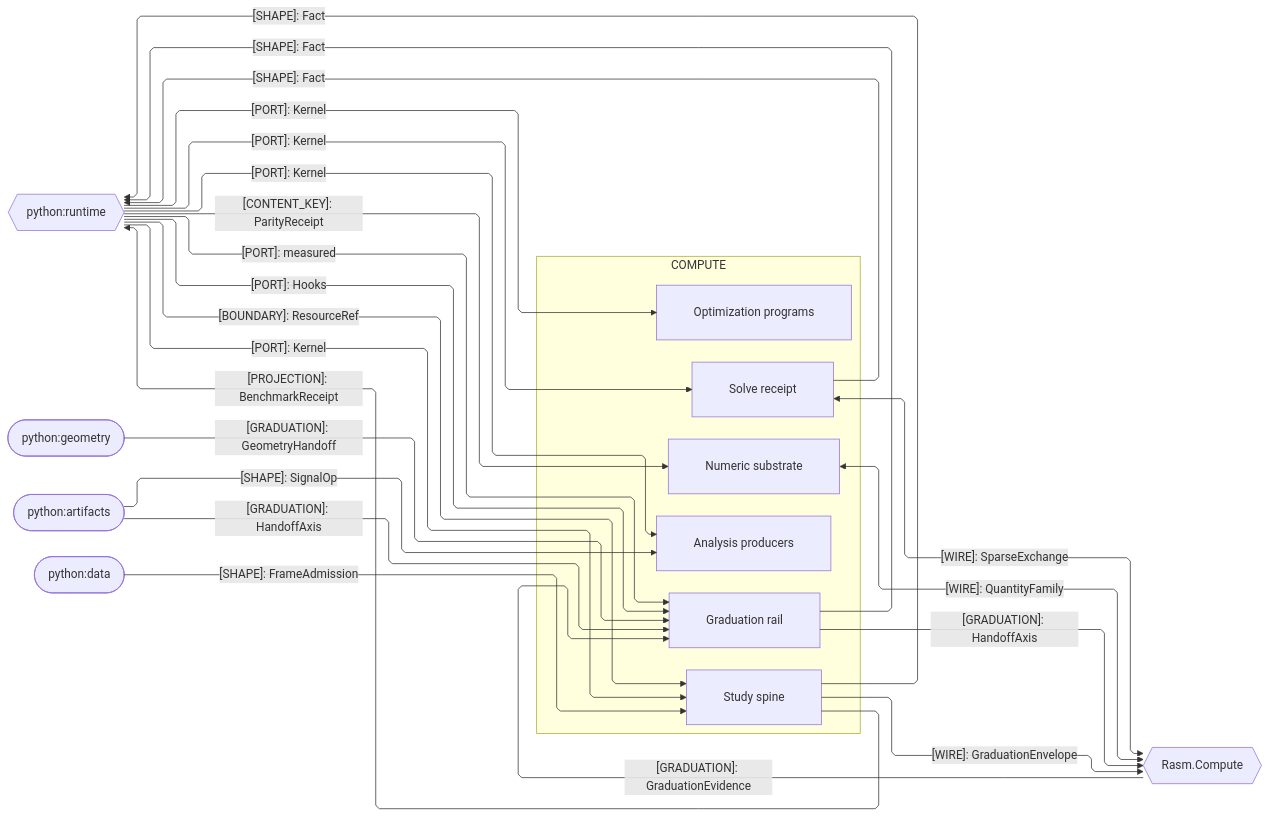
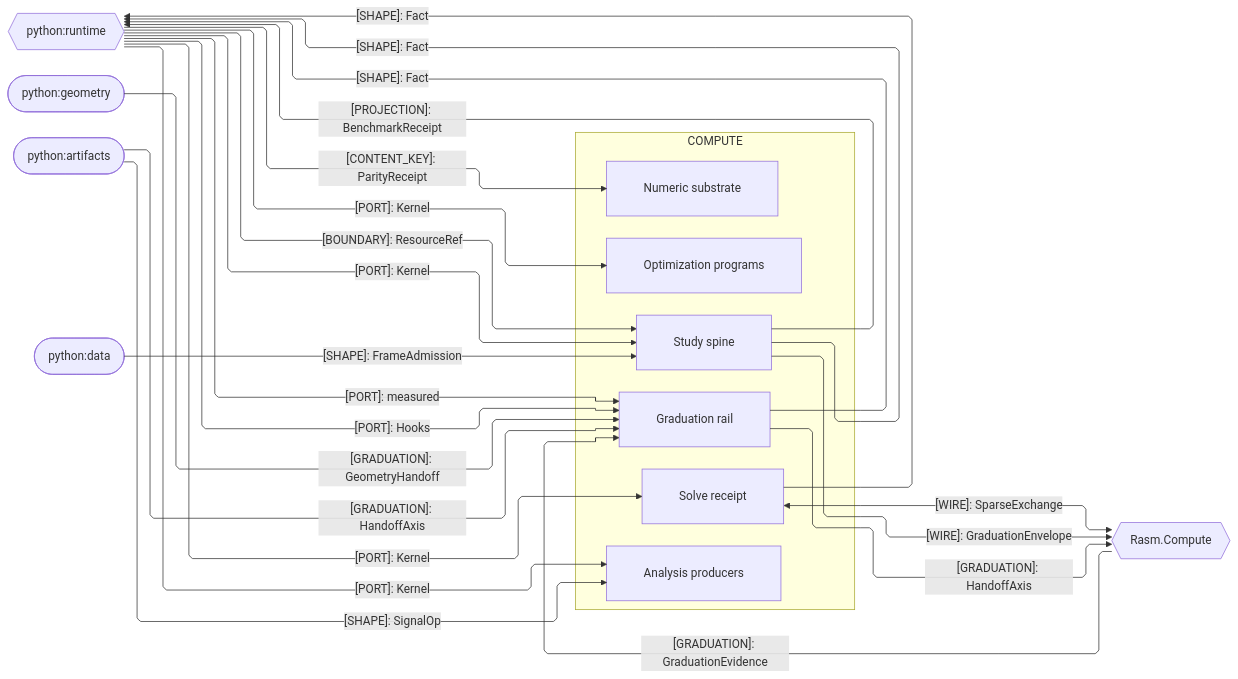
One commit to bsamiee/Rasm changed the second of 3 diagrams in libs/python/compute/ARCHITECTURE.md. Above: the diagram before and after it, drawn with Mermaid. The commit also changed other lines of this file and 55 other files, not shown here.

````diff
--- a/libs/python/compute/ARCHITECTURE.md
+++ b/libs/python/compute/ARCHITECTURE.md
@@ -97,46 +97,45 @@
 ```mermaid
 ---
 config:
   layout: elk
   flowchart:
     curve: linear
     padding: 25
 ---
 flowchart LR
     accTitle: Compute package seam registry
-    accDescr: Compute sub-domain owners exchanging graduation evidence, quantities, content keys, and the Kernel port with peers.
+    accDescr: Compute sub-domain owners exchanging graduation evidence, content keys, and the Kernel port with peers.
     subgraph compute[COMPUTE]
         Graduation[Graduation rail]
         Solvers[Solve receipt]
         Numerics[Numeric substrate]
         Experiments[Study spine]
         Analysis[Analysis producers]
         Optimization[Optimization programs]
     end
     Compute{{Rasm.Compute}}
     Runtime{{python:runtime}}
     Geometry([python:geometry])
     Artifacts([python:artifacts])
     Data([python:data])
     Graduation e1@-->|"[GRADUATION]: HandoffAxis"| Compute
     Compute e2@-->|"[GRADUATION]: GraduationEvidence"| Graduation
     Experiments e3@-->|"[WIRE]: GraduationEnvelope"| Compute
     Solvers e4@<-->|"[WIRE]: SparseExchange"| Compute
-    Numerics e5@<-->|"[WIRE]: QuantityFamily"| Compute
-    Geometry e6@-->|"[GRADUATION]: GeometryHandoff"| Graduation
-    Artifacts e7@-->|"[GRADUATION]: HandoffAxis"| Graduation
-    Artifacts e8@-->|"[SHAPE]: SignalOp"| Analysis
-    Runtime e9@-->|"[CONTENT_KEY]: ParityReceipt"| Numerics
-    Runtime e10@-->|"[BOUNDARY]: ResourceRef"| Experiments
-    Data e11@-->|"[SHAPE]: FrameAdmission"| Experiments
-    Experiments e12@-->|"[PROJECTION]: BenchmarkReceipt"| Runtime
-    Graduation e13@-->|"[SHAPE]: Fact"| Runtime
-    Experiments e14@-->|"[SHAPE]: Fact"| Runtime
-    Solvers e15@-->|"[SHAPE]: Fact"| Runtime
-    Runtime e16@-->|"[PORT]: Kernel"| Solvers
-    Runtime e17@-->|"[PORT]: measured"| Graduation
-    Runtime e18@-->|"[PORT]: Hooks"| Graduation
-    Runtime e19@-->|"[PORT]: Kernel"| Experiments
-    Runtime e20@-->|"[PORT]: Kernel"| Analysis
-    Runtime e21@-->|"[PORT]: Kernel"| Optimization
+    Geometry e5@-->|"[GRADUATION]: GeometryHandoff"| Graduation
+    Artifacts e6@-->|"[GRADUATION]: HandoffAxis"| Graduation
+    Artifacts e7@-->|"[SHAPE]: SignalOp"| Analysis
+    Runtime e8@-->|"[CONTENT_KEY]: ParityReceipt"| Numerics
+    Runtime e9@-->|"[BOUNDARY]: ResourceRef"| Experiments
+    Data e10@-->|"[SHAPE]: FrameAdmission"| Experiments
+    Experiments e11@-->|"[PROJECTION]: BenchmarkReceipt"| Runtime
+    Graduation e12@-->|"[SHAPE]: Fact"| Runtime
+    Experiments e13@-->|"[SHAPE]: Fact"| Runtime
+    Solvers e14@-->|"[SHAPE]: Fact"| Runtime
+    Runtime e15@-->|"[PORT]: Kernel"| Solvers
+    Runtime e16@-->|"[PORT]: measured"| Graduation
+    Runtime e17@-->|"[PORT]: Hooks"| Graduation
+    Runtime e18@-->|"[PORT]: Kernel"| Experiments
+    Runtime e19@-->|"[PORT]: Kernel"| Analysis
+    Runtime e20@-->|"[PORT]: Kernel"| Optimization
 ```
````
